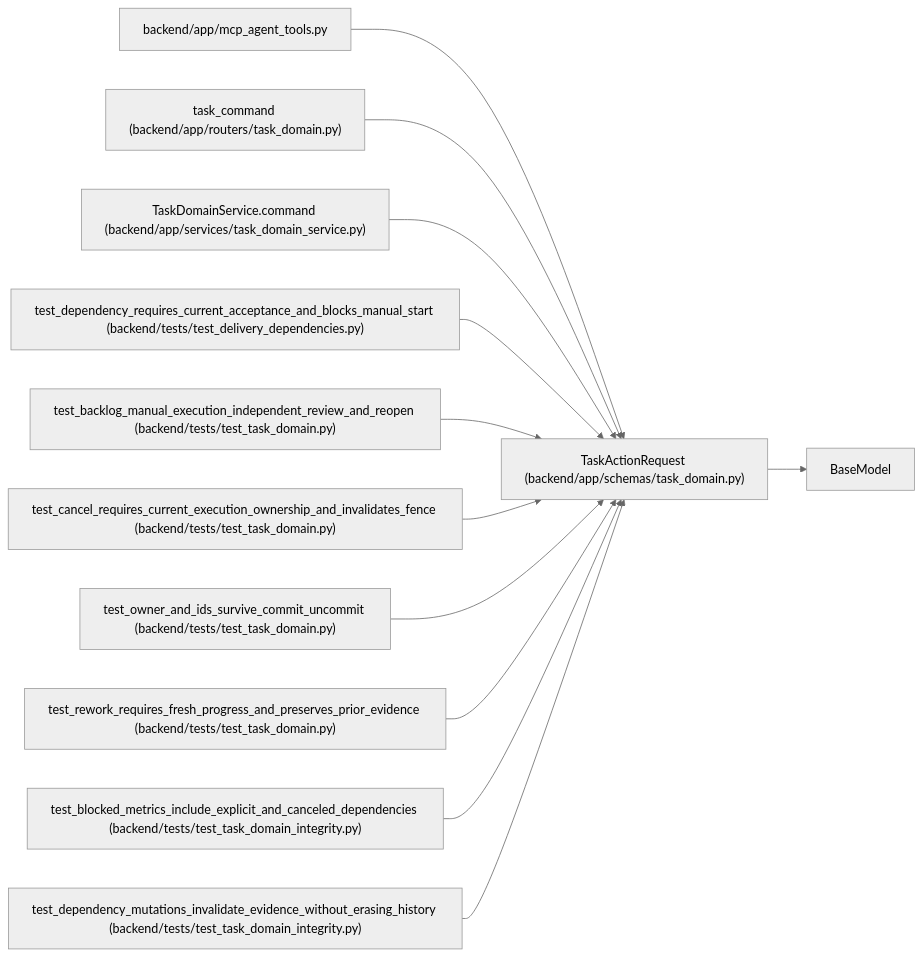
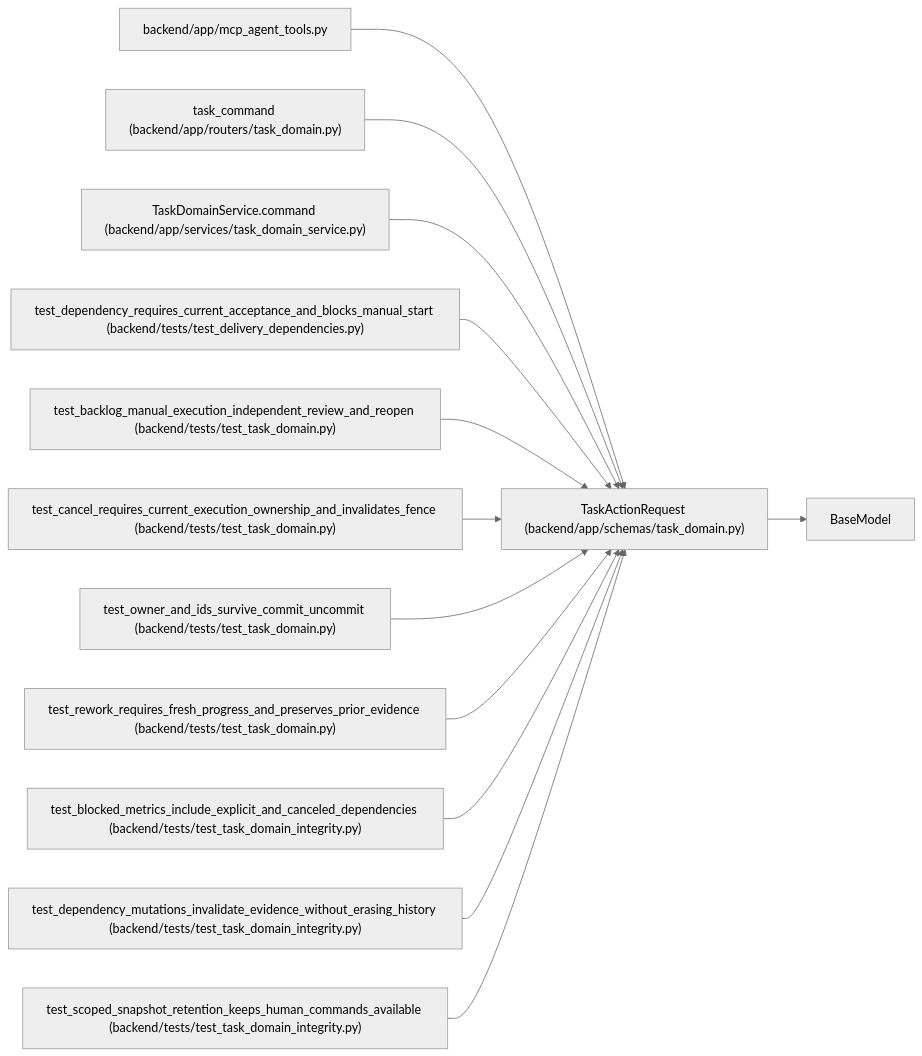
One commit to Denissvgn/WorkChord changed the diagram in docs/llm_wiki/entities/TaskActionRequest.md. Above: the diagram before and after it, drawn with Mermaid (neutral theme). The commit also changed other lines of this file and 920 other files, not shown here.

````diff
--- a/docs/llm_wiki/entities/TaskActionRequest.md
+++ b/docs/llm_wiki/entities/TaskActionRequest.md
@@ -46,37 +46,40 @@
 ```mermaid
 flowchart LR
     n0["TaskActionRequest (backend/app/schemas/task_domain.py)"]
     n1["BaseModel"]
     n2["backend/app/mcp_agent_tools.py"]
     n3["task_command (backend/app/routers/task_domain.py)"]
     n4["TaskDomainService.command (backend/app/services/task_domain_service.py)"]
     n5["test_dependency_requires_current_acceptance_and_blocks_manual_start (backend/tests/test_delivery_dependencies.py)"]
     n6["test_backlog_manual_execution_independent_review_and_reopen (backend/tests/test_task_domain.py)"]
     n7["test_cancel_requires_current_execution_ownership_and_invalidates_fence (backend/tests/test_task_domain.py)"]
     n8["test_owner_and_ids_survive_commit_uncommit (backend/tests/test_task_domain.py)"]
     n9["test_rework_requires_fresh_progress_and_preserves_prior_evidence (backend/tests/test_task_domain.py)"]
     n10["test_blocked_metrics_include_explicit_and_canceled_dependencies (backend/tests/test_task_domain_integrity.py)"]
     n11["test_dependency_mutations_invalidate_evidence_without_erasing_history (backend/tests/test_task_domain_integrity.py)"]
+    n12["test_scoped_snapshot_retention_keeps_human_commands_available (backend/tests/test_task_domain_integrity.py)"]
     n0 --> n1
     n2 --> n0
     n3 --> n0
     n4 --> n0
     n5 --> n0
     n6 --> n0
     n7 --> n0
     n8 --> n0
     n9 --> n0
     n10 --> n0
     n11 --> n0
+    n12 --> n0
     click n0 "../modules/schemas_task_domain.md"
     click n2 "../modules/mcp_agent_tools.md"
     click n3 "../modules/routers_task_domain.md"
     click n4 "../modules/task_domain_service.md"
     click n5 "../modules/test_delivery_dependencies.md"
     click n6 "../modules/test_task_domain.md"
     click n7 "../modules/test_task_domain.md"
     click n8 "../modules/test_task_domain.md"
     click n9 "../modules/test_task_domain.md"
     click n10 "../modules/test_task_domain_integrity.md"
     click n11 "../modules/test_task_domain_integrity.md"
+    click n12 "../modules/test_task_domain_integrity.md"
 ```
````
